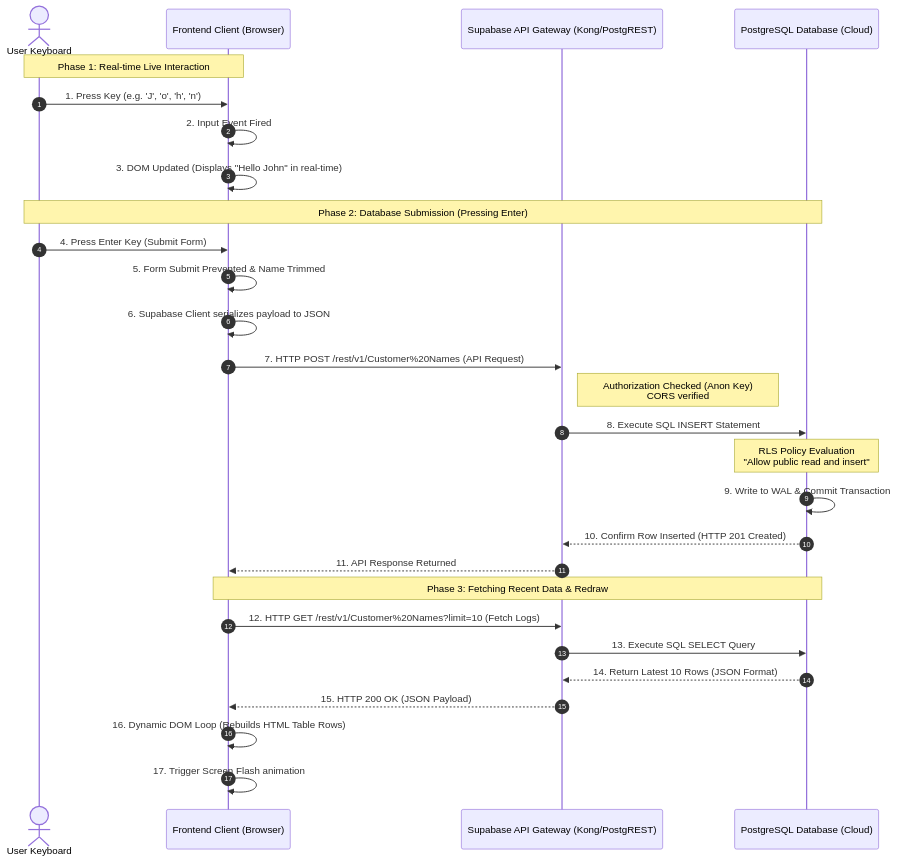
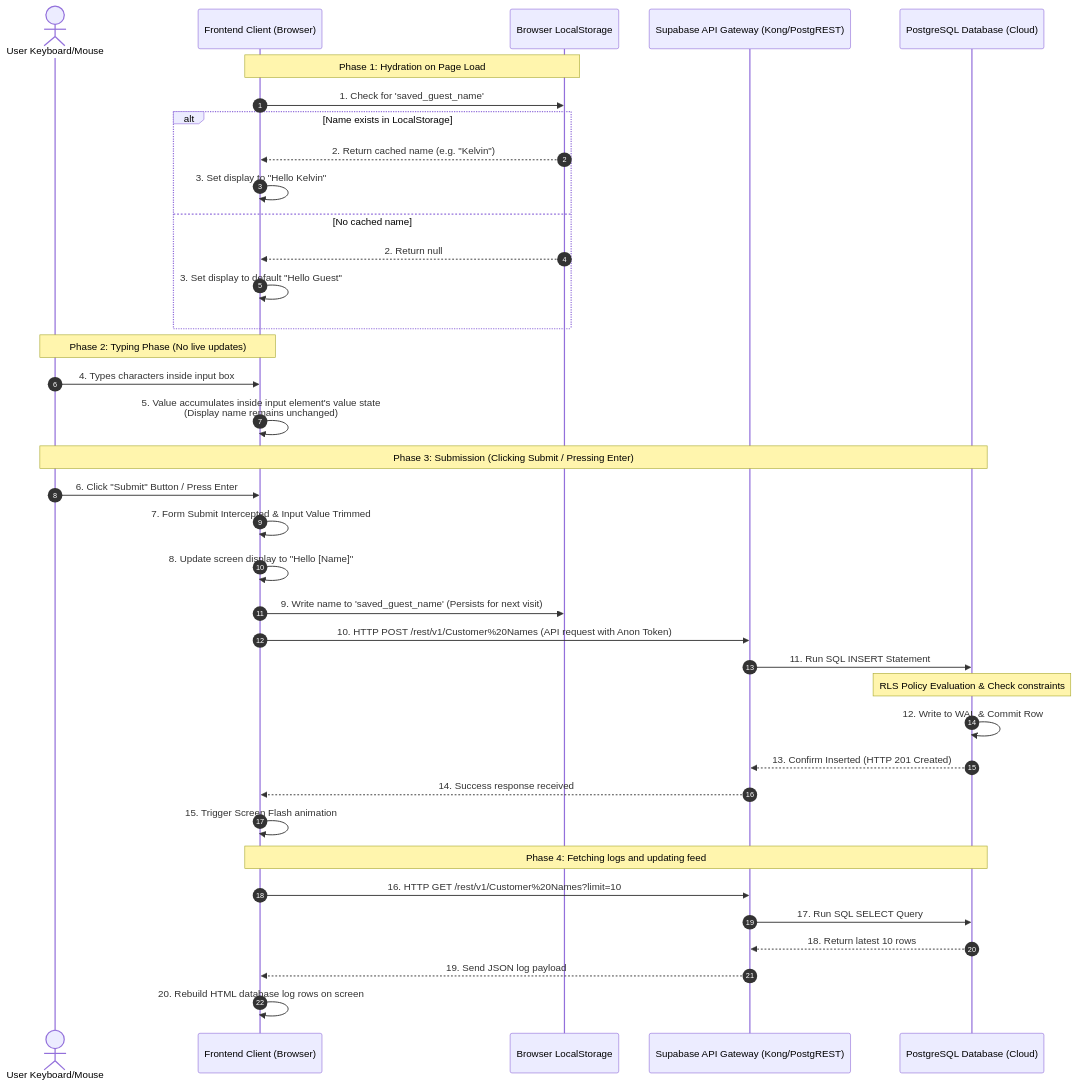
The diagram in data_journey_documentation.md (emkayishotaf/Name-Databse), drawn with Mermaid before and after one commit. The commit also changed other lines of this file and 3 other files, not shown here.

Commit message:
feat: display name directly from database insert response

````diff
--- a/data_journey_documentation.md
+++ b/data_journey_documentation.md
@@ -11,36 +11,47 @@
 ```mermaid
 sequenceDiagram
     autonumber
-    actor User as User Keyboard
+    actor User as User Keyboard/Mouse
     participant FE as Frontend Client (Browser)
+    participant LS as Browser LocalStorage
     participant SG as Supabase API Gateway (Kong/PostgREST)
     participant DB as PostgreSQL Database (Cloud)
 
-    %% Flow 1: Typing & Live Update
-    Note over User, FE: Phase 1: Real-time Live Interaction
-    User->>FE: 1. Press Key (e.g. 'J', 'o', 'h', 'n')
-    FE->>FE: 2. Input Event Fired
-    FE->>FE: 3. DOM Updated (Displays "Hello John" in real-time)
+    %% Flow 1: Page Load (Hydration)
+    Note over FE, LS: Phase 1: Hydration on Page Load
+    FE->>LS: 1. Check for 'saved_guest_name'
+    alt Name exists in LocalStorage
+        LS-->>FE: 2. Return cached name (e.g. "Kelvin")
+        FE->>FE: 3. Set display to "Hello Kelvin"
+    else No cached name
+        LS-->>FE: 2. Return null
+        FE->>FE: 3. Set display to default "Hello Guest"
+    end
 
-    %% Flow 2: Pressing Enter / Submit (Save to DB)
-    Note over User, DB: Phase 2: Database Submission (Pressing Enter)
-    User->>FE: 4. Press Enter Key (Submit Form)
-    FE->>FE: 5. Form Submit Prevented & Name Trimmed
-    FE->>FE: 6. Supabase Client serializes payload to JSON
-    FE->>SG: 7. HTTP POST /rest/v1/Customer%20Names (API Request)
-    Note right of SG: Authorization Checked (Anon Key)<br/>CORS verified
-    SG->>DB: 8. Execute SQL INSERT Statement
-    Note over DB: RLS Policy Evaluation<br/>"Allow public read and insert"
-    DB->>DB: 9. Write to WAL & Commit Transaction
-    DB-->>SG: 10. Confirm Row Inserted (HTTP 201 Created)
-    SG-->>FE: 11. API Response Returned
+    %% Flow 2: Typing Phase (Disconnected)
+    Note over User, FE: Phase 2: Typing Phase (No live updates)
+    User->>FE: 4. Types characters inside input box
+    FE->>FE: 5. Value accumulates inside input element's value state<br/>(Display name remains unchanged)
 
-    %% Flow 3: Fetching and Rendering Logs
-    Note over FE, DB: Phase 3: Fetching Recent Data & Redraw
-    FE->>SG: 12. HTTP GET /rest/v1/Customer%20Names?limit=10 (Fetch Logs)
-    SG->>DB: 13. Execute SQL SELECT Query
-    DB-->>SG: 14. Return Latest 10 Rows (JSON Format)
-    SG-->>FE: 15. HTTP 200 OK (JSON Payload)
-    FE->>FE: 16. Dynamic DOM Loop (Rebuilds HTML Table Rows)
-    FE->>FE: 17. Trigger Screen Flash animation
+    %% Flow 3: Submission & Database Write
+    Note over User, DB: Phase 3: Submission (Clicking Submit / Pressing Enter)
+    User->>FE: 6. Click "Submit" Button / Press Enter
+    FE->>FE: 7. Form Submit Intercepted & Input Value Trimmed
+    FE->>FE: 8. Update screen display to "Hello [Name]"
+    FE->>LS: 9. Write name to 'saved_guest_name' (Persists for next visit)
+    FE->>SG: 10. HTTP POST /rest/v1/Customer%20Names (API request with Anon Token)
+    SG->>DB: 11. Run SQL INSERT Statement
+    Note over DB: RLS Policy Evaluation & Check constraints
+    DB->>DB: 12. Write to WAL & Commit Row
+    DB-->>SG: 13. Confirm Inserted (HTTP 201 Created)
+    SG-->>FE: 14. Success response received
+    FE->>FE: 15. Trigger Screen Flash animation
+
+    %% Flow 4: Logger Update
+    Note over FE, DB: Phase 4: Fetching logs and updating feed
+    FE->>SG: 16. HTTP GET /rest/v1/Customer%20Names?limit=10
+    SG->>DB: 17. Run SQL SELECT Query
+    DB-->>SG: 18. Return latest 10 rows
+    SG-->>FE: 19. Send JSON log payload
+    FE->>FE: 20. Rebuild HTML database log rows on screen
 ```
````
